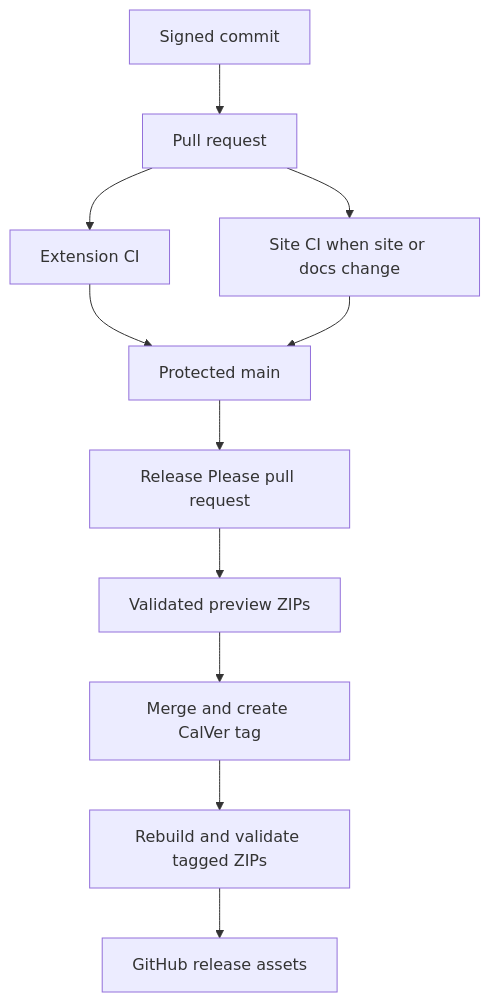
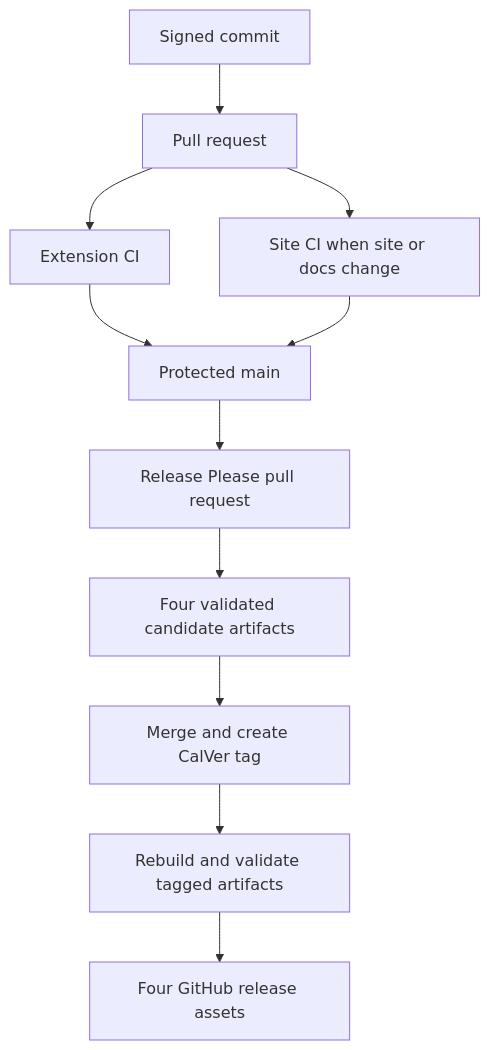
The diagram in docs/specs/build-release-and-verification.md (whizzzkid/point-and-shoot), drawn with Mermaid before and after one commit. The commit also changed other lines of this file and 8 other files, not shown here.

First line of the commit message:
build(release): 📦 add Firefox reviewer artifacts

````diff
--- a/docs/specs/build-release-and-verification.md
+++ b/docs/specs/build-release-and-verification.md
@@ -118,13 +133,13 @@
 ```mermaid
 flowchart TD
     Commit[Signed commit] --> PullRequest[Pull request]
     PullRequest --> ExtensionCI[Extension CI]
     PullRequest --> SiteCI[Site CI when site or docs change]
     ExtensionCI --> Main[Protected main]
     SiteCI --> Main
     Main --> ReleasePlease[Release Please pull request]
-    ReleasePlease --> Preview[Validated preview ZIPs]
+    ReleasePlease --> Preview[Four validated candidate artifacts]
     Preview --> Tag[Merge and create CalVer tag]
-    Tag --> Final[Rebuild and validate tagged ZIPs]
-    Final --> Release[GitHub release assets]
+    Tag --> Final[Rebuild and validate tagged artifacts]
+    Final --> Release[Four GitHub release assets]
 ```
````
